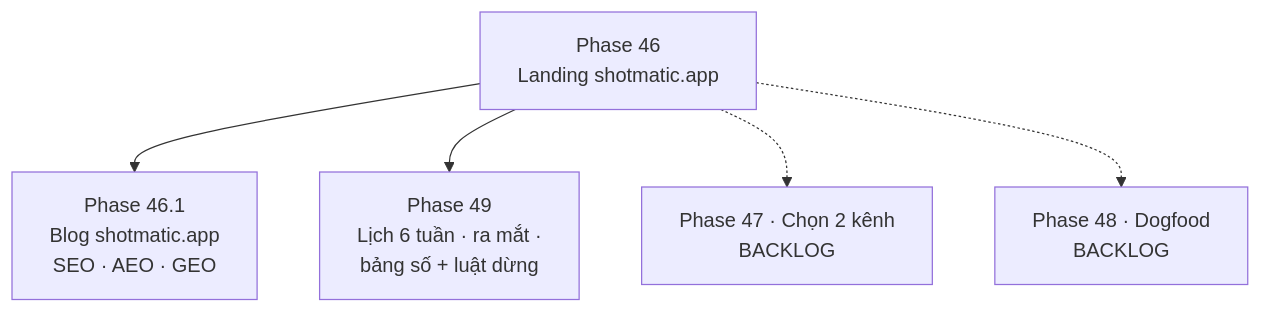
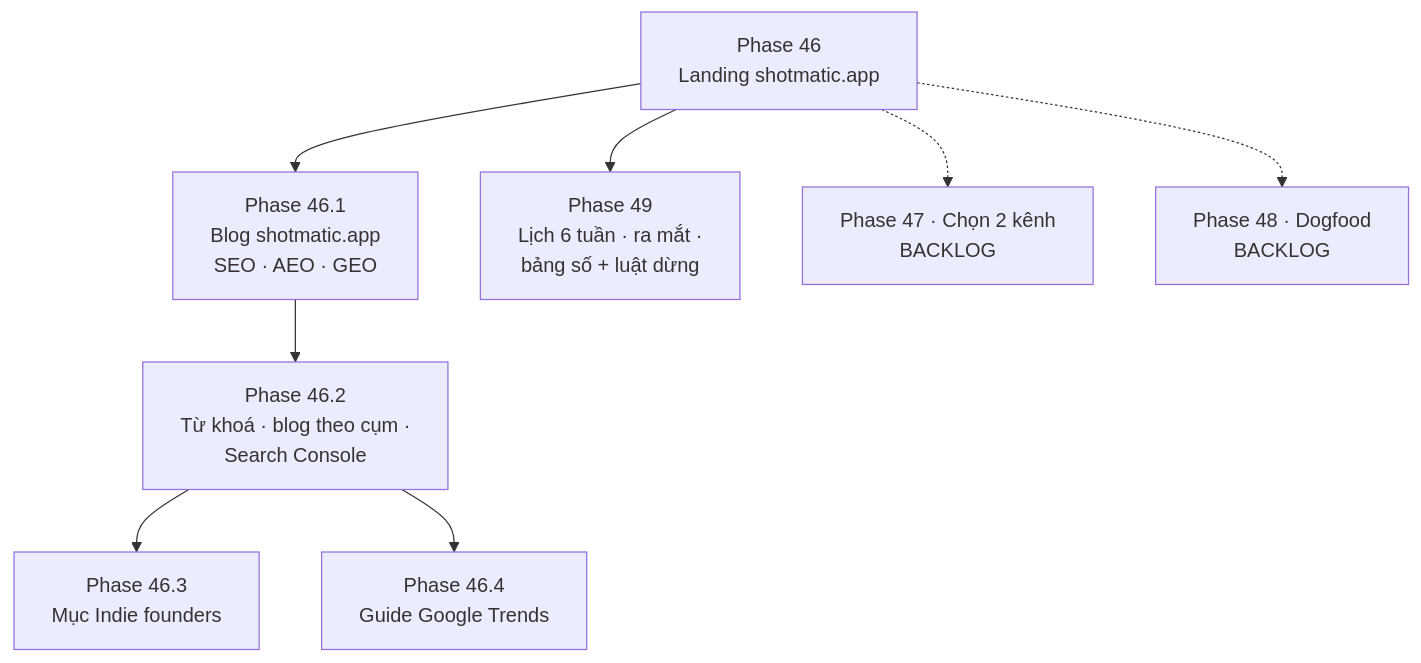
Before and after one commit to nvminhtu/niche-radar-docs: the diagram in docs/web/version-11.md, drawn with Mermaid. The commit also changed other lines of this file and 17 other files, not shown here.

````diff
--- a/docs/web/version-11.md
+++ b/docs/web/version-11.md
@@ -21,7 +21,10 @@
 ```mermaid
 flowchart TB
   P[Phase 46<br/>Landing shotmatic.app] --> BL[Phase 46.1<br/>Blog shotmatic.app<br/>SEO · AEO · GEO]
+  BL --> K[Phase 46.2<br/>Từ khoá · blog theo cụm ·<br/>Search Console]
+  K --> F[Phase 46.3<br/>Mục Indie founders]
+  K --> T[Phase 46.4<br/>Guide Google Trends]
   P --> S[Phase 49<br/>Lịch 6 tuần · ra mắt ·<br/>bảng số + luật dừng]
   P -.-> C[Phase 47 · Chọn 2 kênh<br/>BACKLOG]
   P -.-> D[Phase 48 · Dogfood<br/>BACKLOG]
 ```
````
